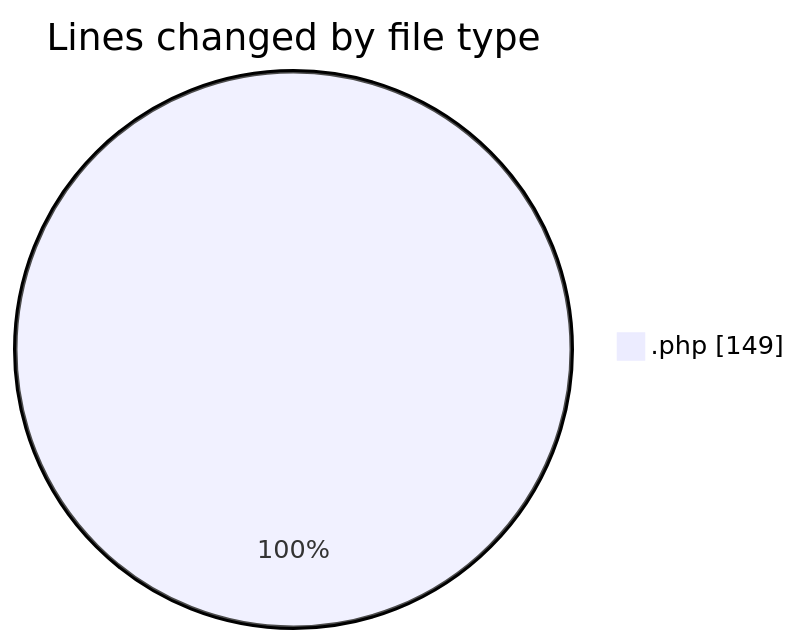
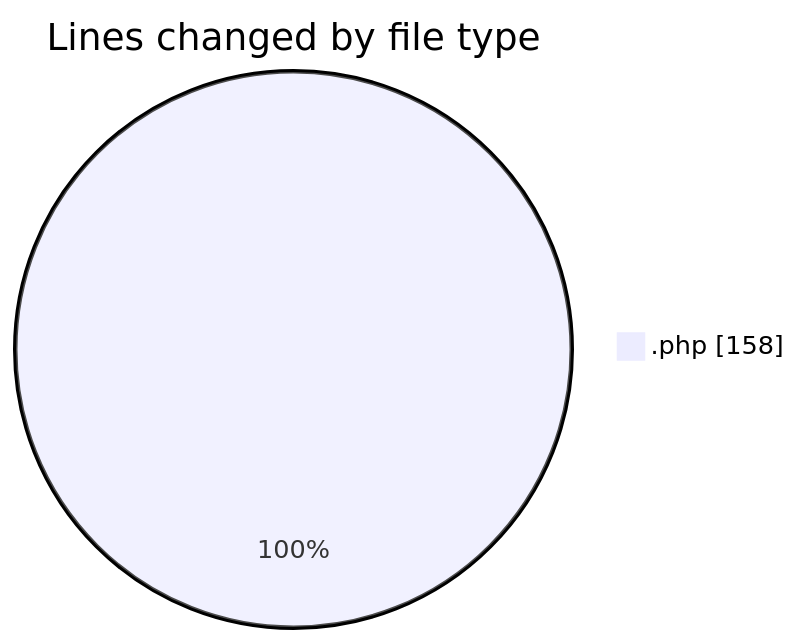
One commit to LanceThiago/code-tracking changed the first of 2 diagrams in 2025-05-14/web/README.md. Above: the diagram before and after it, drawn with Mermaid. The commit also changed other lines of this file and 1 other file, not shown here.

````diff
--- a/2025-05-14/web/README.md
+++ b/2025-05-14/web/README.md
@@ -20,5 +20,5 @@
 ```mermaid
 pie showData
 title Lines changed by file type
-".php" : 149
+".php" : 158
 ```
````
